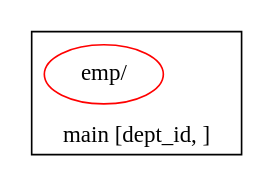
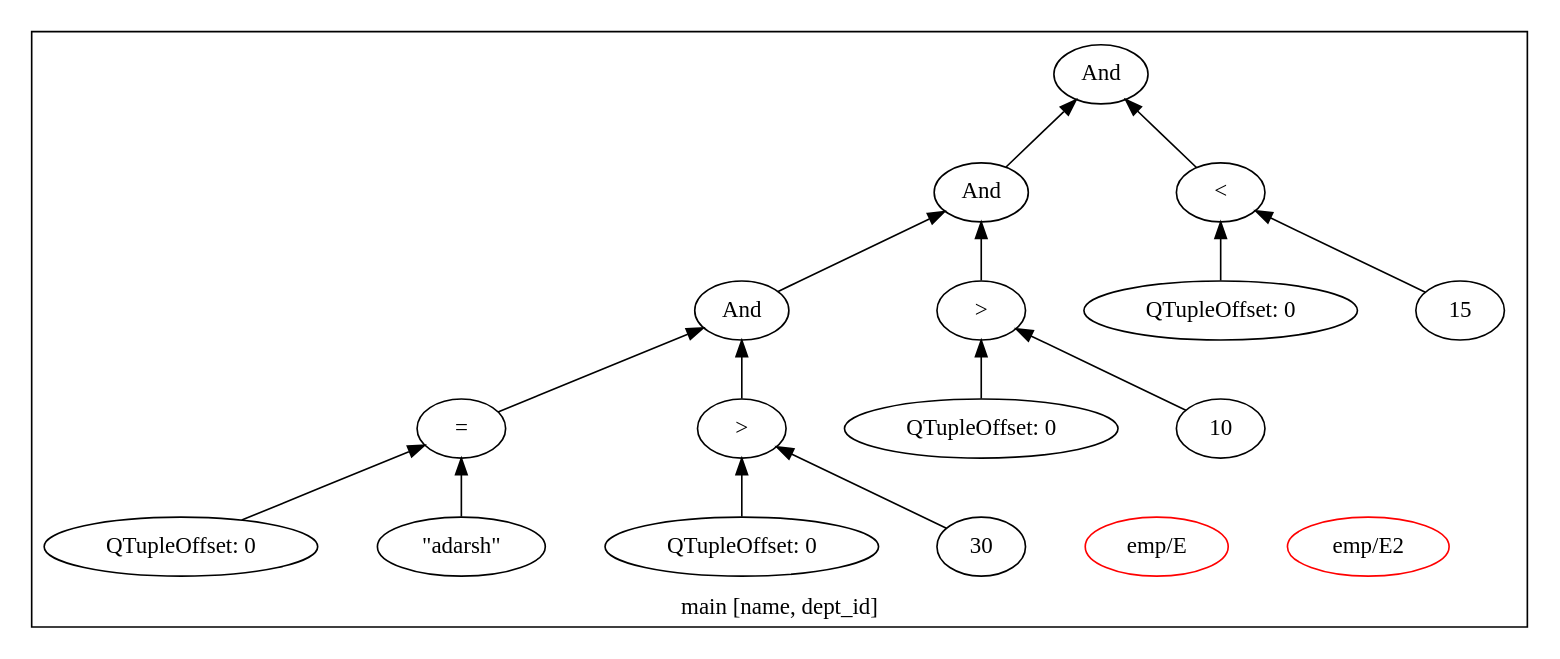
The diagram in qgm.dot (adarshpannu/kona), drawn with Graphviz before and after one commit. The commit also changed 8 other files, not shown here.

Commit message:
Connecting QGM -> Flows...

```diff
--- a/qgm.dot
+++ b/qgm.dot
@@ -1,10 +1,40 @@
 digraph example1 {
     rankdir=BT;
     nodesep=0.5;
     ordering="in";
   subgraph cluster_main {
-    label = "main [dept_id, ]";
+    label = "main [name, dept_id]";
     "main_pt"[shape=point, color=white];
-    "QUN_0"[label="emp/ ", color=red]
+    "QUN_1"[label="emp/E2 ", color=red]
+    "QUN_0"[label="emp/E ", color=red]
+    exprnodeNodeId17v1[label="And"];
+    exprnodeNodeId13v1 -> exprnodeNodeId17v1;
+    exprnodeNodeId13v1[label="And"];
+    exprnodeNodeId9v1 -> exprnodeNodeId13v1;
+    exprnodeNodeId9v1[label="And"];
+    exprnodeNodeId5v1 -> exprnodeNodeId9v1;
+    exprnodeNodeId5v1[label="="];
+    exprnodeNodeId3v1 -> exprnodeNodeId5v1;
+    exprnodeNodeId3v1[label="QTupleOffset: 0"];
+    exprnodeNodeId4v1 -> exprnodeNodeId5v1;
+    exprnodeNodeId4v1[label="\"adarsh\""];
+    exprnodeNodeId8v1 -> exprnodeNodeId9v1;
+    exprnodeNodeId8v1[label=">"];
+    exprnodeNodeId6v1 -> exprnodeNodeId8v1;
+    exprnodeNodeId6v1[label="QTupleOffset: 0"];
+    exprnodeNodeId7v1 -> exprnodeNodeId8v1;
+    exprnodeNodeId7v1[label="30"];
+    exprnodeNodeId12v1 -> exprnodeNodeId13v1;
+    exprnodeNodeId12v1[label=">"];
+    exprnodeNodeId10v1 -> exprnodeNodeId12v1;
+    exprnodeNodeId10v1[label="QTupleOffset: 0"];
+    exprnodeNodeId11v1 -> exprnodeNodeId12v1;
+    exprnodeNodeId11v1[label="10"];
+    exprnodeNodeId16v1 -> exprnodeNodeId17v1;
+    exprnodeNodeId16v1[label="<"];
+    exprnodeNodeId14v1 -> exprnodeNodeId16v1;
+    exprnodeNodeId14v1[label="QTupleOffset: 0"];
+    exprnodeNodeId15v1 -> exprnodeNodeId16v1;
+    exprnodeNodeId15v1[label="15"];
 }
 }
```
